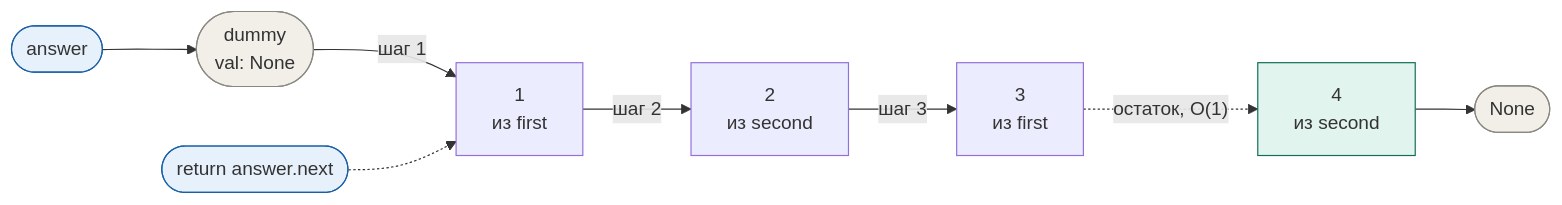
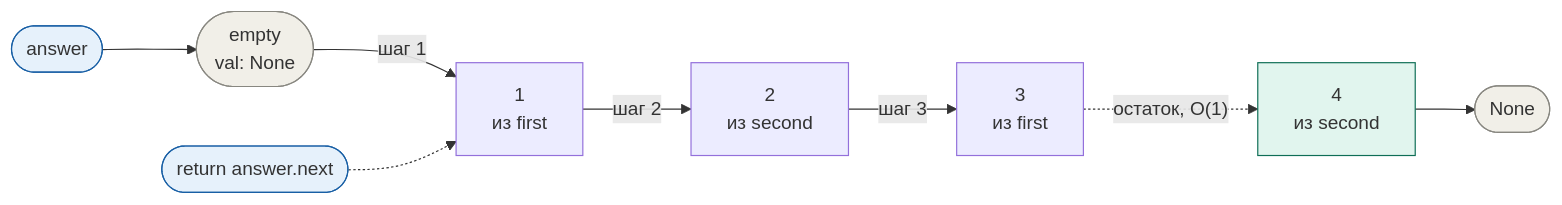
Before and after one commit to HSE-HomeWork/Algorithms_in_Python: the second of 2 diagrams in homework_2/merge_lists/ExplanationDecision.md, drawn with Mermaid.

Commit message:
feat(HM-2): объяснение Merge_lists

````diff
--- a/homework_2/merge_lists/ExplanationDecision.md
+++ b/homework_2/merge_lists/ExplanationDecision.md
@@ -64,17 +64,17 @@
 ```mermaid
 graph LR
-    D(["dummy<br/>val: None"]) -->|"шаг 1"| N1["1<br/>из first"]
+    D(["empty<br/>val: None"]) -->|"шаг 1"| N1["1<br/>из first"]
     N1 -->|"шаг 2"| N2["2<br/>из second"]
     N2 -->|"шаг 3"| N3["3<br/>из first"]
     N3 -.->|"остаток, O(1)"| N4["4<br/>из second"]
     N4 --> NULL(["None"])
 
     ANS([answer]) --> D
     RET(["return answer.next"]) -.-> N1
 
     style D fill:#F1EFE8,stroke:#888780
     style ANS fill:#E6F1FB,stroke:#185FA5
     style RET fill:#E6F1FB,stroke:#185FA5
     style N4 fill:#E1F5EE,stroke:#0F6E56
     style NULL fill:#F1EFE8,stroke:#888780
 ```
````
